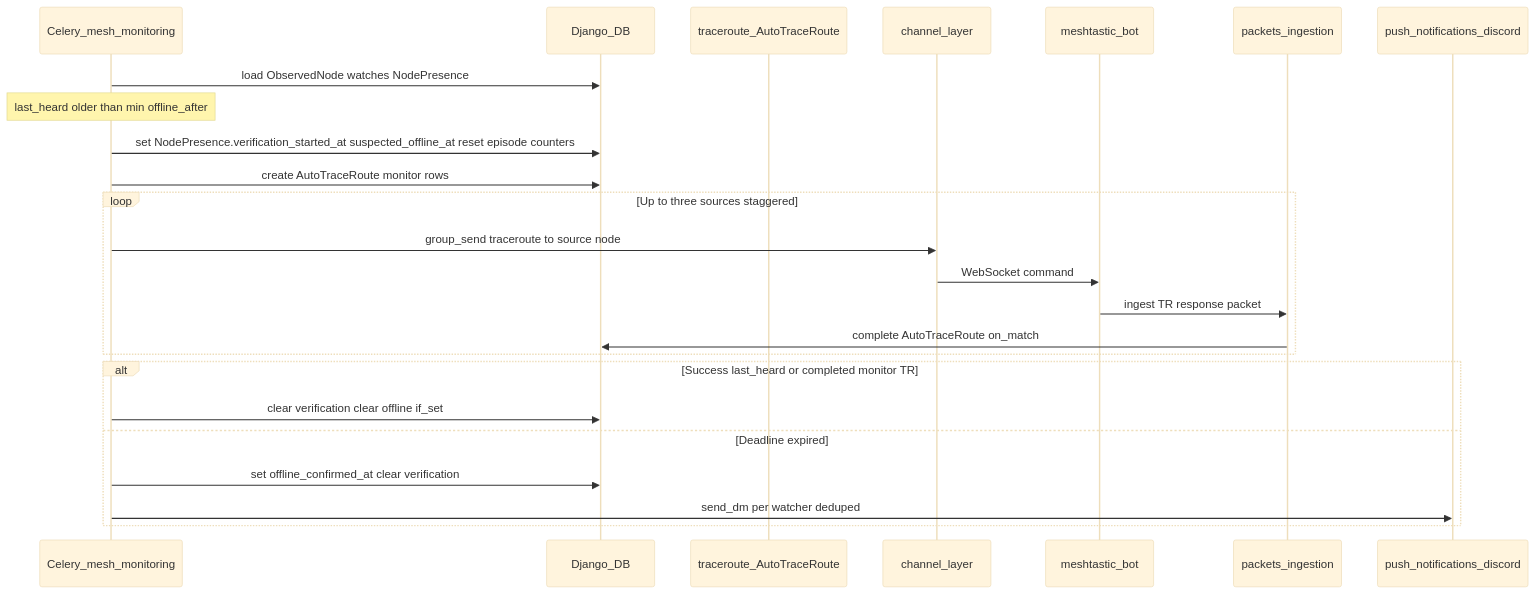
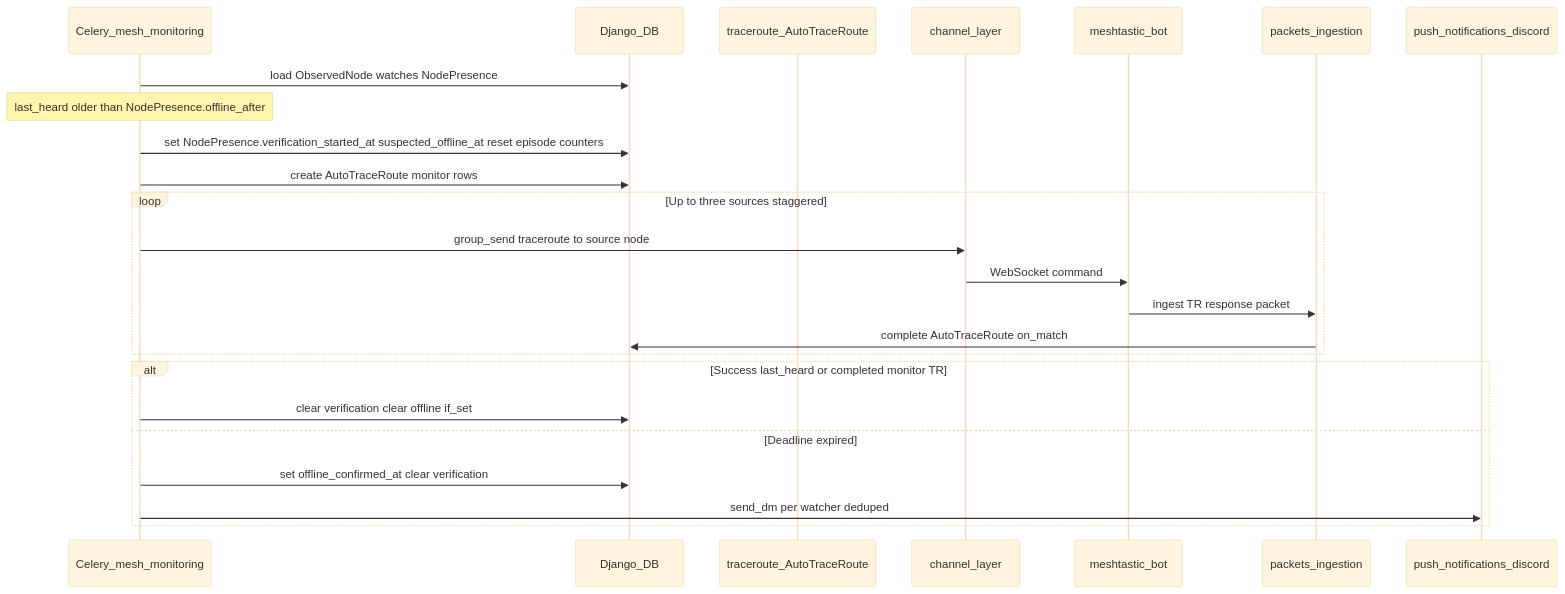
One commit to pskillen/meshflow-api changed the first of 3 diagrams in docs/features/mesh-monitoring/flow.md. Above: the diagram before and after it, drawn with Mermaid (base theme). The commit also changed other lines of this file and 18 other files, not shown here.

First line of the commit message:
feat(mesh-monitoring): node-level offline_after on NodePresence

````diff
--- a/docs/features/mesh-monitoring/flow.md
+++ b/docs/features/mesh-monitoring/flow.md
@@ -23,27 +23,27 @@
 ```mermaid
 sequenceDiagram
   participant Celery as Celery_mesh_monitoring
   participant DB as Django_DB
   participant TR as traceroute_AutoTraceRoute
   participant Chan as channel_layer
   participant Bot as meshtastic_bot
   participant Pkt as packets_ingestion
   participant Disc as push_notifications_discord
 
   Celery->>DB: load ObservedNode watches NodePresence
-  Note over Celery: last_heard older than min offline_after
+  Note over Celery: last_heard older than NodePresence.offline_after
   Celery->>DB: set NodePresence.verification_started_at suspected_offline_at reset episode counters
   Celery->>DB: create AutoTraceRoute monitor rows
   loop Up to three sources staggered
     Celery->>Chan: group_send traceroute to source node
     Chan->>Bot: WebSocket command
     Bot->>Pkt: ingest TR response packet
     Pkt->>DB: complete AutoTraceRoute on_match
   end
   alt Success last_heard or completed monitor TR
     Celery->>DB: clear verification clear offline if_set
   else Deadline expired
     Celery->>DB: set offline_confirmed_at clear verification
     Celery->>Disc: send_dm per watcher deduped
   end
 ```
````
